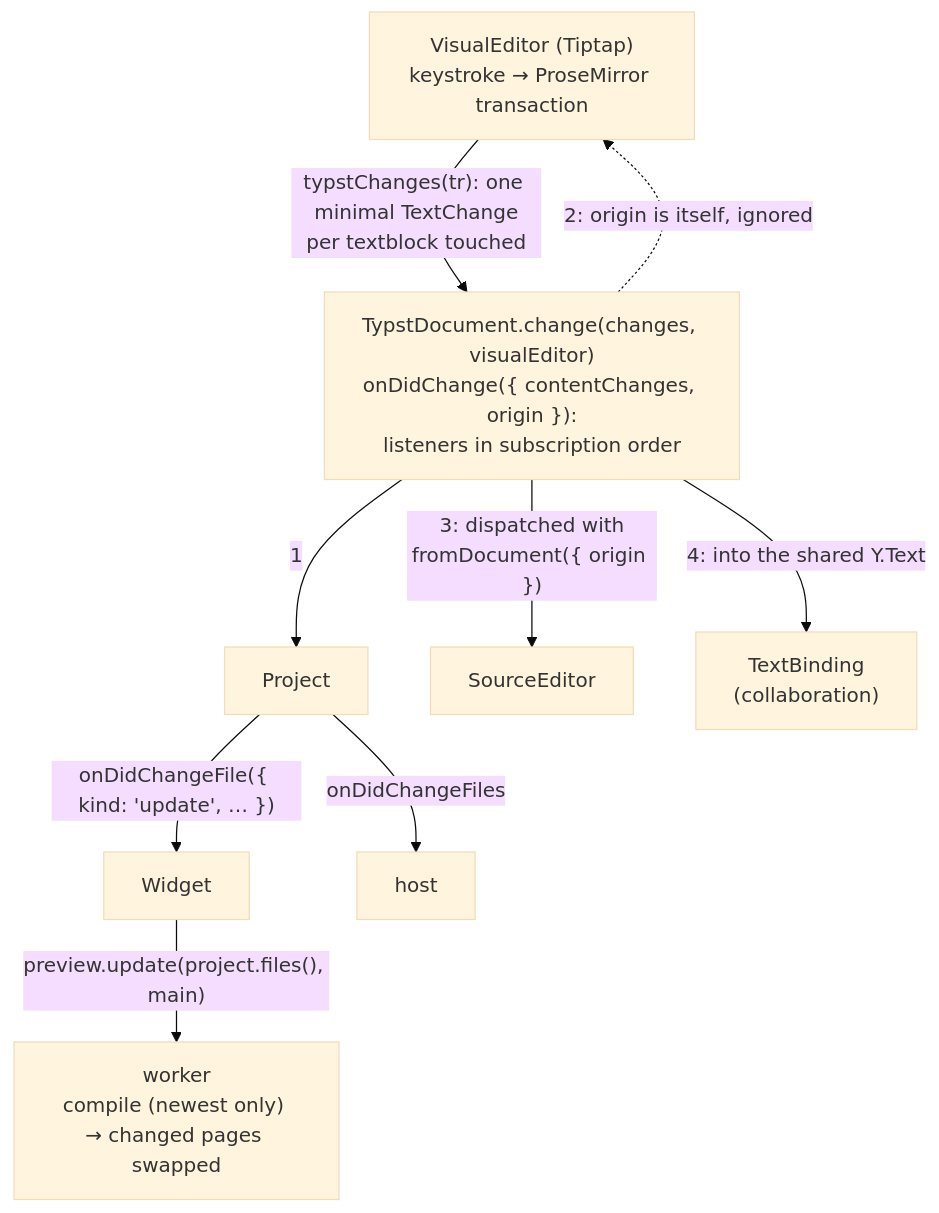
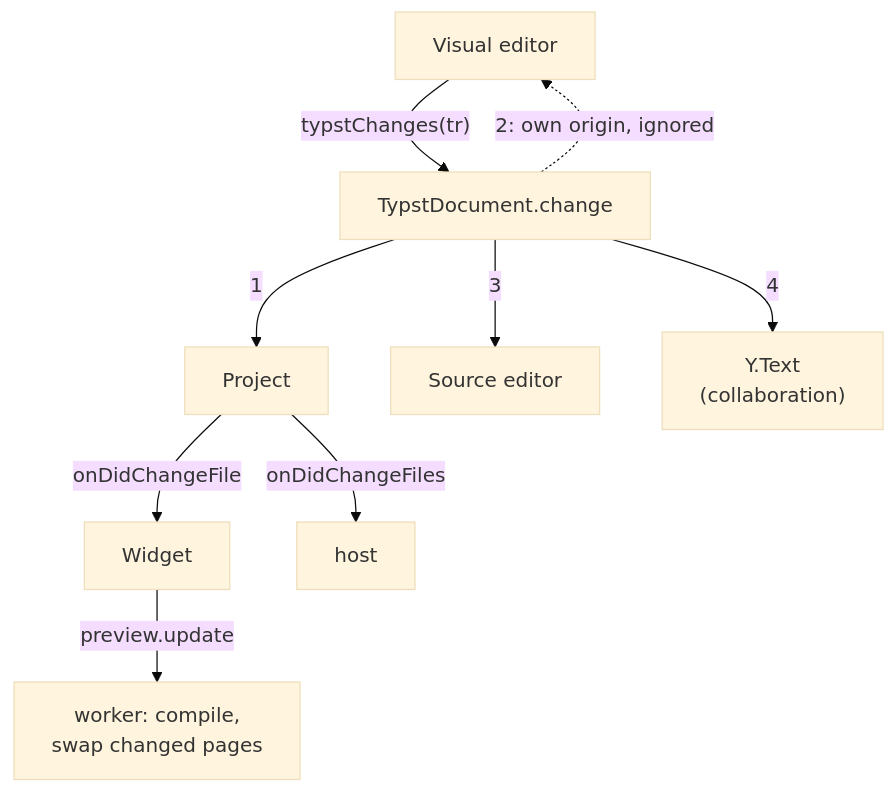
Before and after one commit to sandstorm/zwiebelfisch: the diagram in docs/diagrams/keystroke.mmd, drawn with Mermaid (base theme). The commit also changed 42 other files, not shown here.

```diff
--- a/docs/diagrams/keystroke.mmd
+++ b/docs/diagrams/keystroke.mmd
@@ -1,24 +1,11 @@
 flowchart TD
-  visual["`VisualEditor (Tiptap)
-  keystroke → ProseMirror transaction`"]
-  document["`TypstDocument.change(changes, visualEditor)
-  onDidChange({ contentChanges, origin }):
-  listeners in subscription order`"]
-  project["Project"]
-  widget["Widget"]
-  worker["`worker
-  compile (newest only) → changed pages swapped`"]
-  host["host"]
-  source["SourceEditor"]
-  binding["`TextBinding
+  visual["Visual editor"] -- "typstChanges(tr)" --> document["TypstDocument.change"]
+  document -- "1" --> project["Project"]
+  document -. "2: own origin, ignored" .-> visual
+  document -- "3" --> source["Source editor"]
+  document -- "4" --> binding["`Y.Text
   (collaboration)`"]
-  visual -- "`typstChanges(tr): one minimal TextChange
-  per textblock touched`" --> document
-  document -- 1 --> project
-  document -. "`2: origin is itself, ignored`" .-> visual
-  document -- "`3: dispatched with
-  fromDocument({ origin })`" --> source
-  document -- "`4: into the shared Y.Text`" --> binding
-  project -- "`onDidChangeFile({ kind: 'update', … })`" --> widget
-  project -- onDidChangeFiles --> host
-  widget -- "`preview.update(project.files(), main)`" --> worker
+  project -- "onDidChangeFile" --> widget["Widget"]
+  project -- "onDidChangeFiles" --> host["host"]
+  widget -- "preview.update" --> worker["`worker: compile,
+  swap changed pages`"]
```
